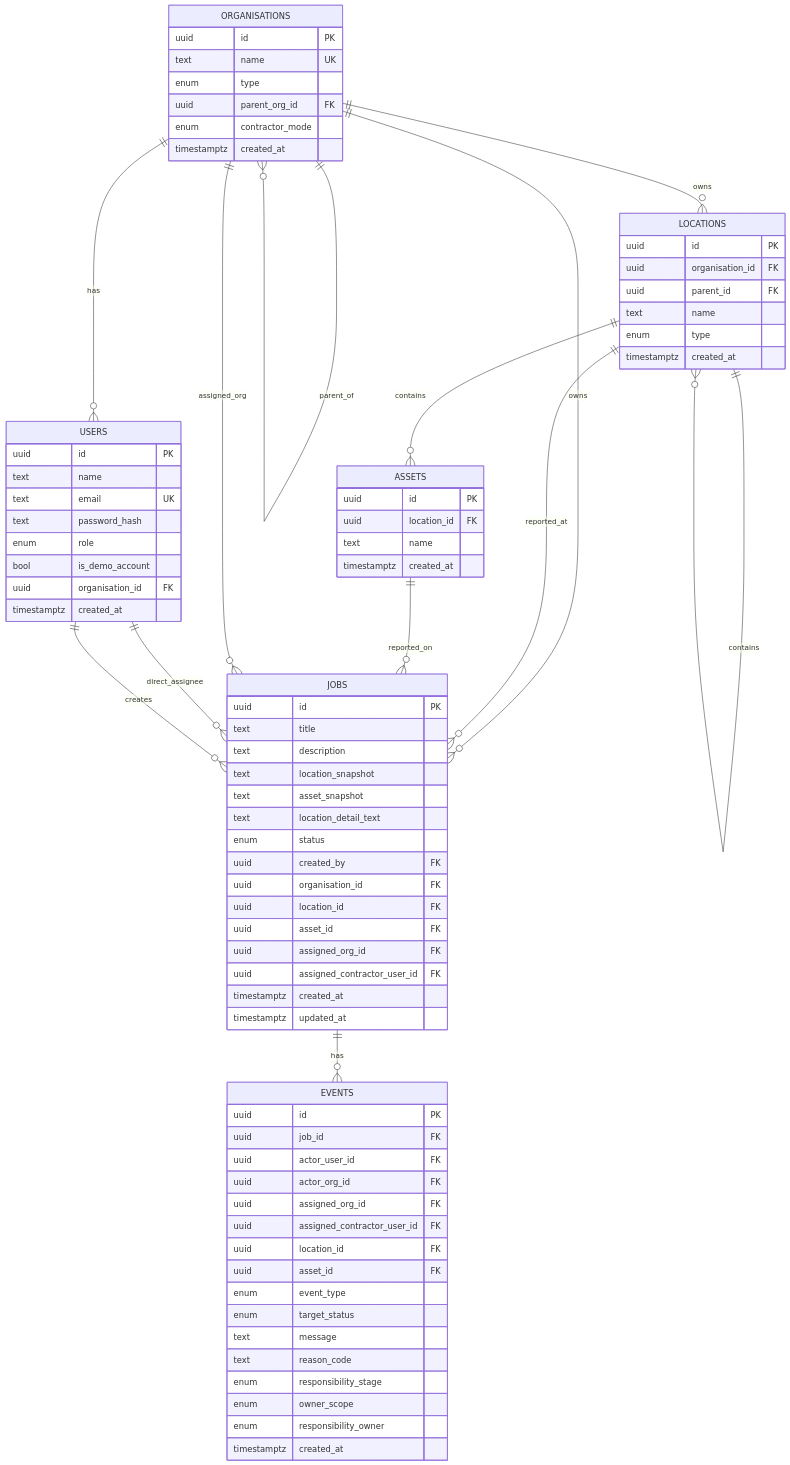
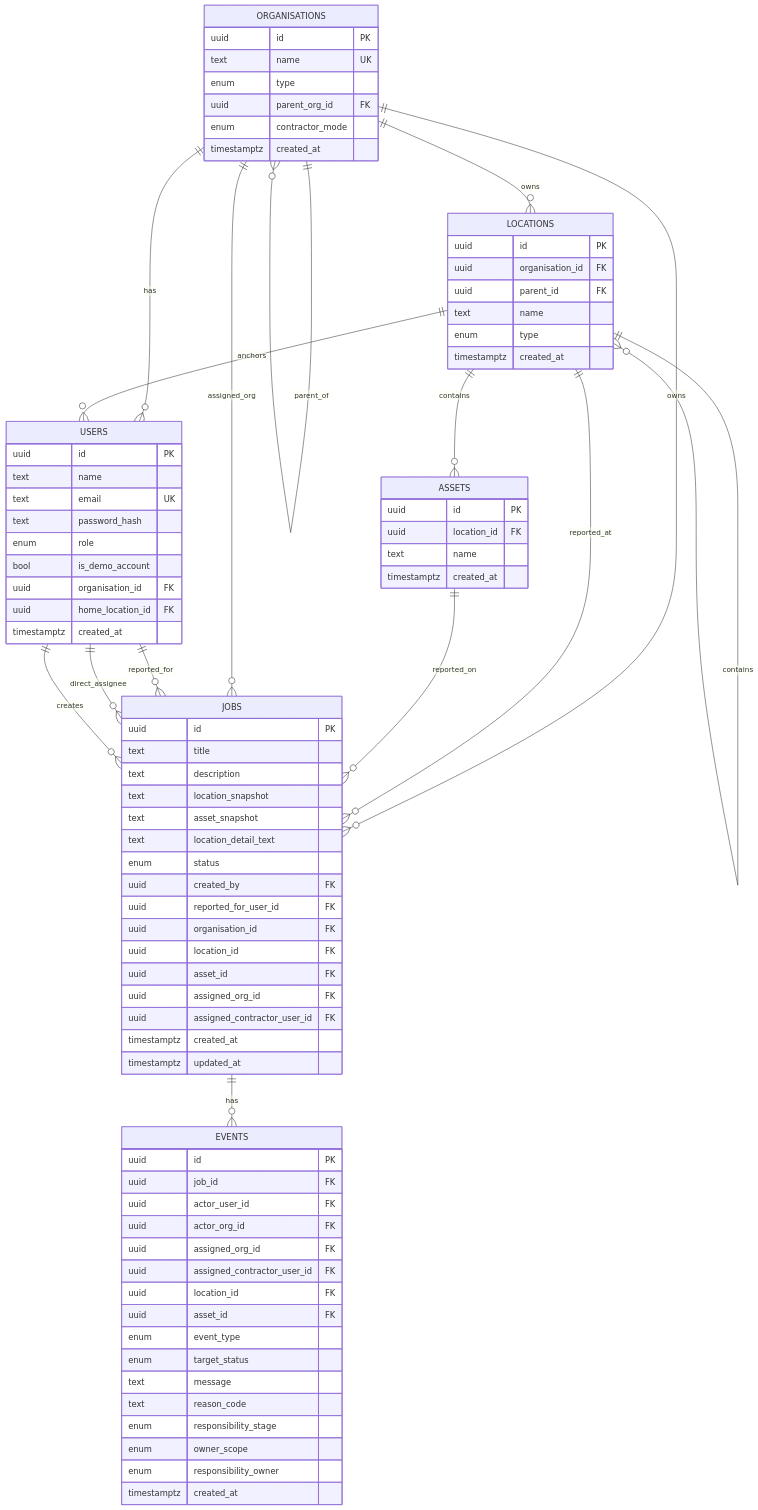
The diagram in README.md (papa-halan/fixhub-v1_r), drawn with Mermaid before and after one commit. The commit also changed other lines of this file and 26 other files, not shown here.

```diff
--- a/README.md
+++ b/README.md
@@ -49,6 +50,7 @@
         enum role
         bool is_demo_account
         uuid organisation_id FK
+        uuid home_location_id FK
         timestamptz created_at
     }
 
@@ -77,6 +79,7 @@
         text location_detail_text
         enum status
         uuid created_by FK
+        uuid reported_for_user_id FK
         uuid organisation_id FK
         uuid location_id FK
         uuid asset_id FK
@@ -110,10 +113,12 @@
     ORGANISATIONS ||--o{ LOCATIONS : owns
     LOCATIONS ||--o{ LOCATIONS : contains
     LOCATIONS ||--o{ ASSETS : contains
+    LOCATIONS ||--o{ USERS : anchors
     ORGANISATIONS ||--o{ JOBS : owns
     LOCATIONS ||--o{ JOBS : reported_at
     ASSETS ||--o{ JOBS : reported_on
     ORGANISATIONS ||--o{ JOBS : assigned_org
+    USERS ||--o{ JOBS : reported_for
     USERS ||--o{ JOBS : direct_assignee
     USERS ||--o{ JOBS : creates
     JOBS ||--o{ EVENTS : has
```
